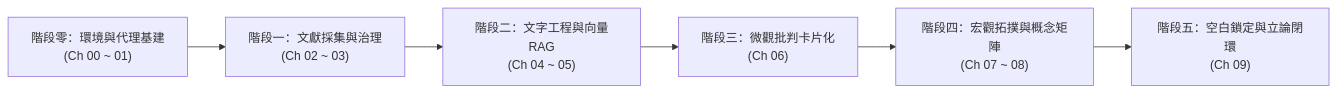
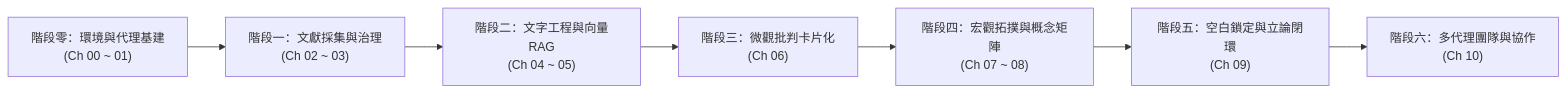
The first of 2 diagrams in COURSE_INDEX.md (sungchien/literature_agent), drawn with Mermaid before and after one commit. The commit also changed other lines of this file and 20 other files, not shown here.

````diff
--- a/COURSE_INDEX.md
+++ b/COURSE_INDEX.md
@@ -94,8 +101,9 @@
 ```mermaid
 flowchart LR
     S0["階段零：環境與代理基建<br/>(Ch 00 ~ 01)"] --> S1["階段一：文獻採集與治理<br/>(Ch 02 ~ 03)"]
     S1 --> S2["階段二：文字工程與向量RAG<br/>(Ch 04 ~ 05)"]
     S2 --> S3["階段三：微觀批判卡片化<br/>(Ch 06)"]
     S3 --> S4["階段四：宏觀拓撲與概念矩陣<br/>(Ch 07 ~ 08)"]
     S4 --> S5["階段五：空白鎖定與立論閉環<br/>(Ch 09)"]
+    S5 --> S6["階段六：多代理團隊與協作<br/>(Ch 10)"]
 ```
````
